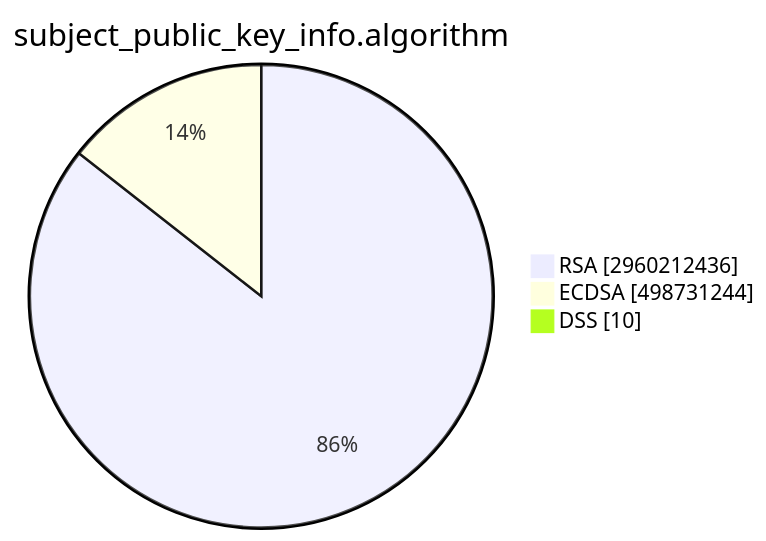
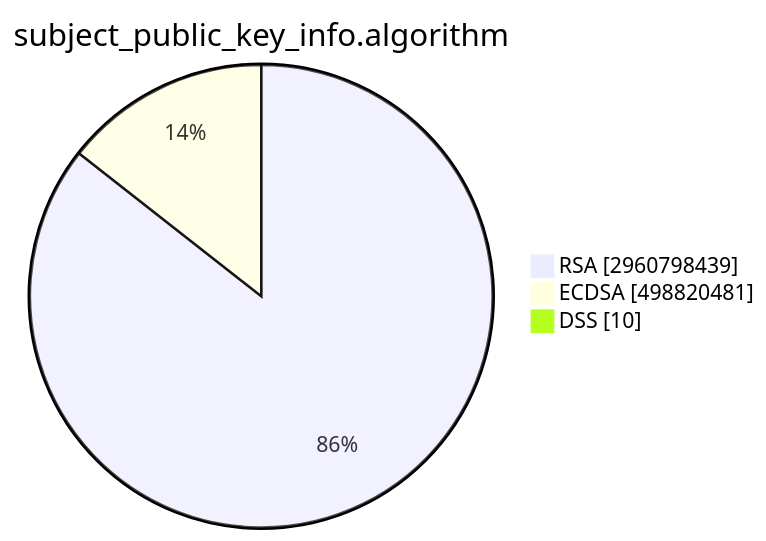
Before and after one commit to christiankrug/ctmonitor_visualization: the second of 15 diagrams in TOTAL/README.md, drawn with Mermaid. The commit also changed other lines of this file, not shown here.

````diff
--- a/TOTAL/README.md
+++ b/TOTAL/README.md
@@ -6,7 +6,7 @@
 ```mermaid
 pie showData
 title subject_public_key_info.algorithm
-"RSA" :2960212436
-"ECDSA" :498731244
+"RSA" :2960798439
+"ECDSA" :498820481
 "DSS" :10
 ```
````
